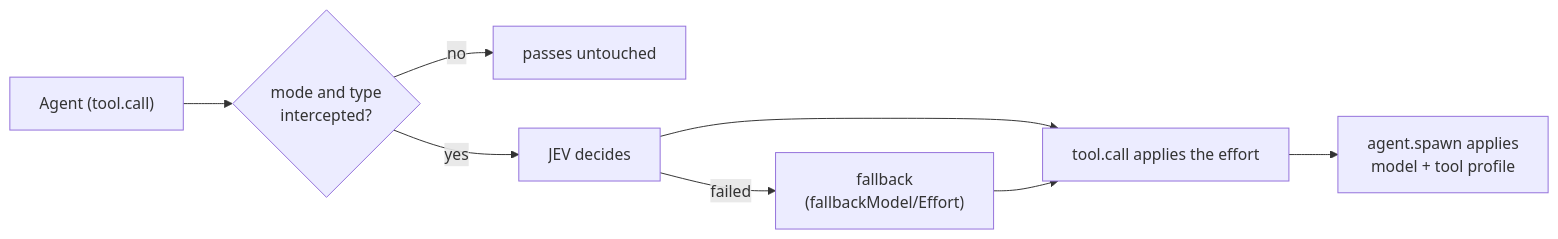
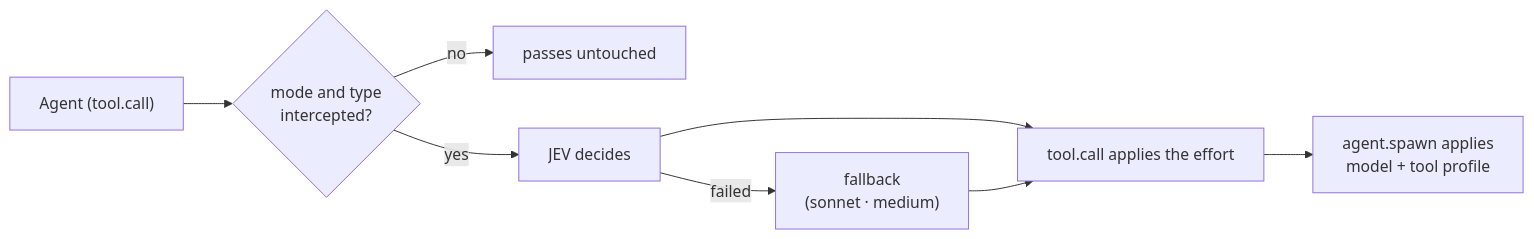
Before and after one commit to hiyoku/jev-orc: the diagram in README.md, drawn with Mermaid. The commit also changed other lines of this file and 5 other files, not shown here.

Commit message:
docs: document maxModel/maxEffort, mainEffort and OpenRouter

````diff
--- a/README.md
+++ b/README.md
@@ -10,10 +10,10 @@
 ```mermaid
 flowchart LR
   A["Agent (tool.call)"] --> B{"mode and type<br/>intercepted?"}
   B -- no --> Z["passes untouched"]
   B -- yes --> C["JEV decides"]
-  C -- failed --> F["fallback<br/>(fallbackModel/Effort)"]
+  C -- failed --> F["fallback<br/>(sonnet · medium)"]
   C --> D["tool.call applies the effort"]
   F --> D
   D --> E["agent.spawn applies<br/>model + tool profile"]
 ```
````
